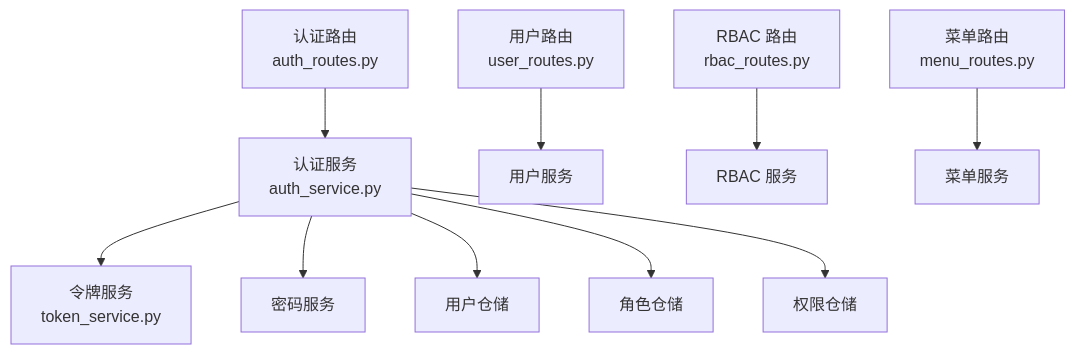
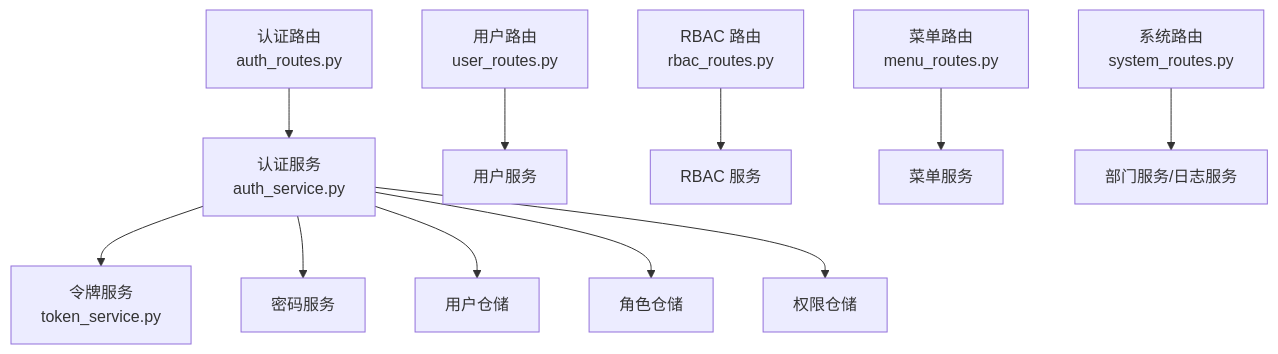
The fourth of 4 diagrams in .qoder/repowiki/zh/content/API 接口文档/API 接口文档.md (taoweidong/Hello-FastApi), drawn with Mermaid before and after one commit. The commit also changed other lines of this file and 9 other files, not shown here.

````diff
--- a/.qoder/repowiki/zh/content/API 接口文档/API 接口文档.md
+++ b/.qoder/repowiki/zh/content/API 接口文档/API 接口文档.md
@@ -326,12 +430,13 @@
 ```mermaid
 graph TB
 R1["认证路由<br/>auth_routes.py"] --> S1["认证服务<br/>auth_service.py"]
 R2["用户路由<br/>user_routes.py"] --> S2["用户服务"]
 R3["RBAC 路由<br/>rbac_routes.py"] --> S3["RBAC 服务"]
 R4["菜单路由<br/>menu_routes.py"] --> S4["菜单服务"]
+R5["系统路由<br/>system_routes.py"] --> S5["部门服务/日志服务"]
 S1 --> T1["令牌服务<br/>token_service.py"]
 S1 --> P1["密码服务"]
 S1 --> URepo["用户仓储"]
 S1 --> RRepo["角色仓储"]
 S1 --> PerRepo["权限仓储"]
 ```
````
